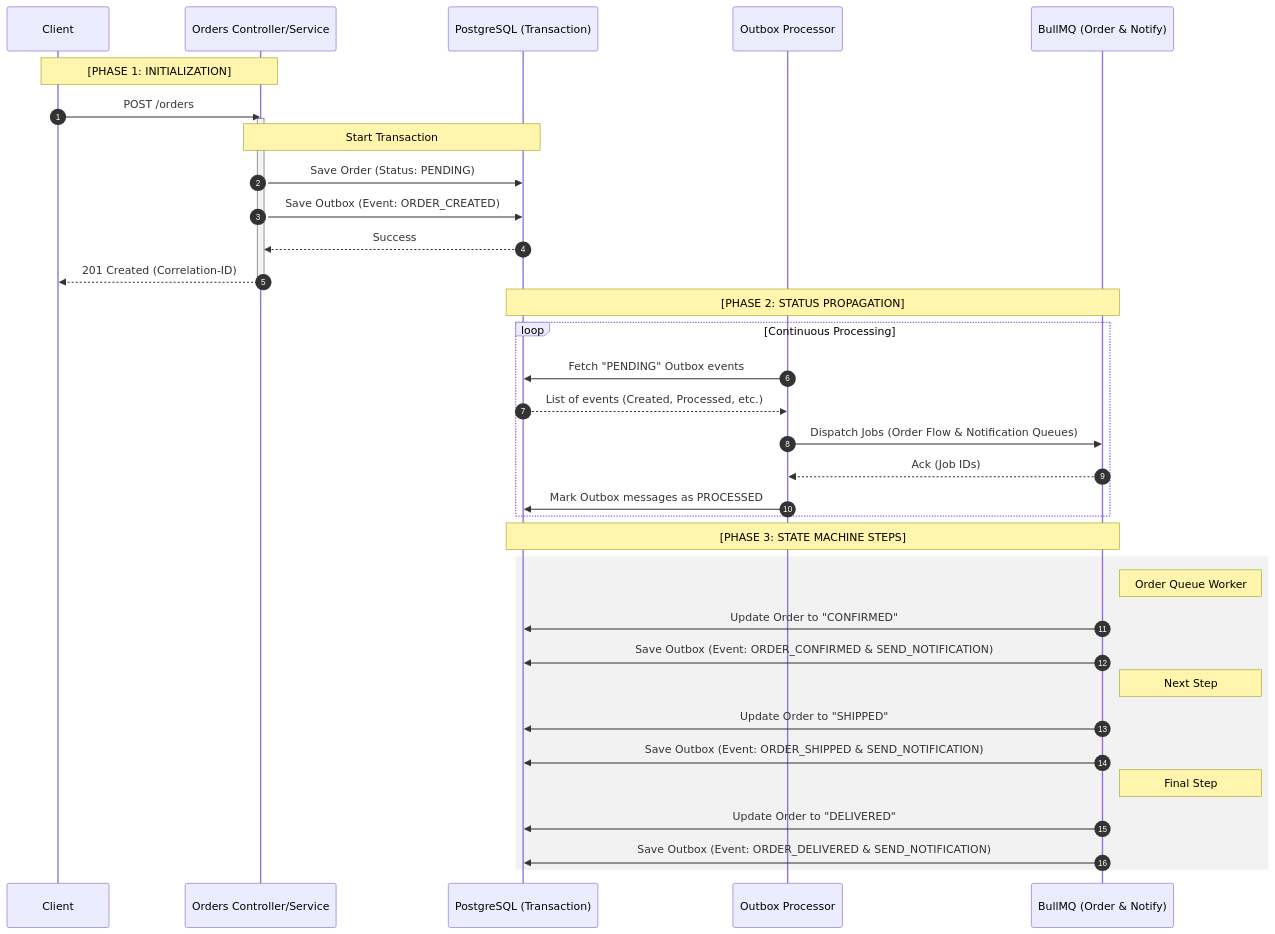
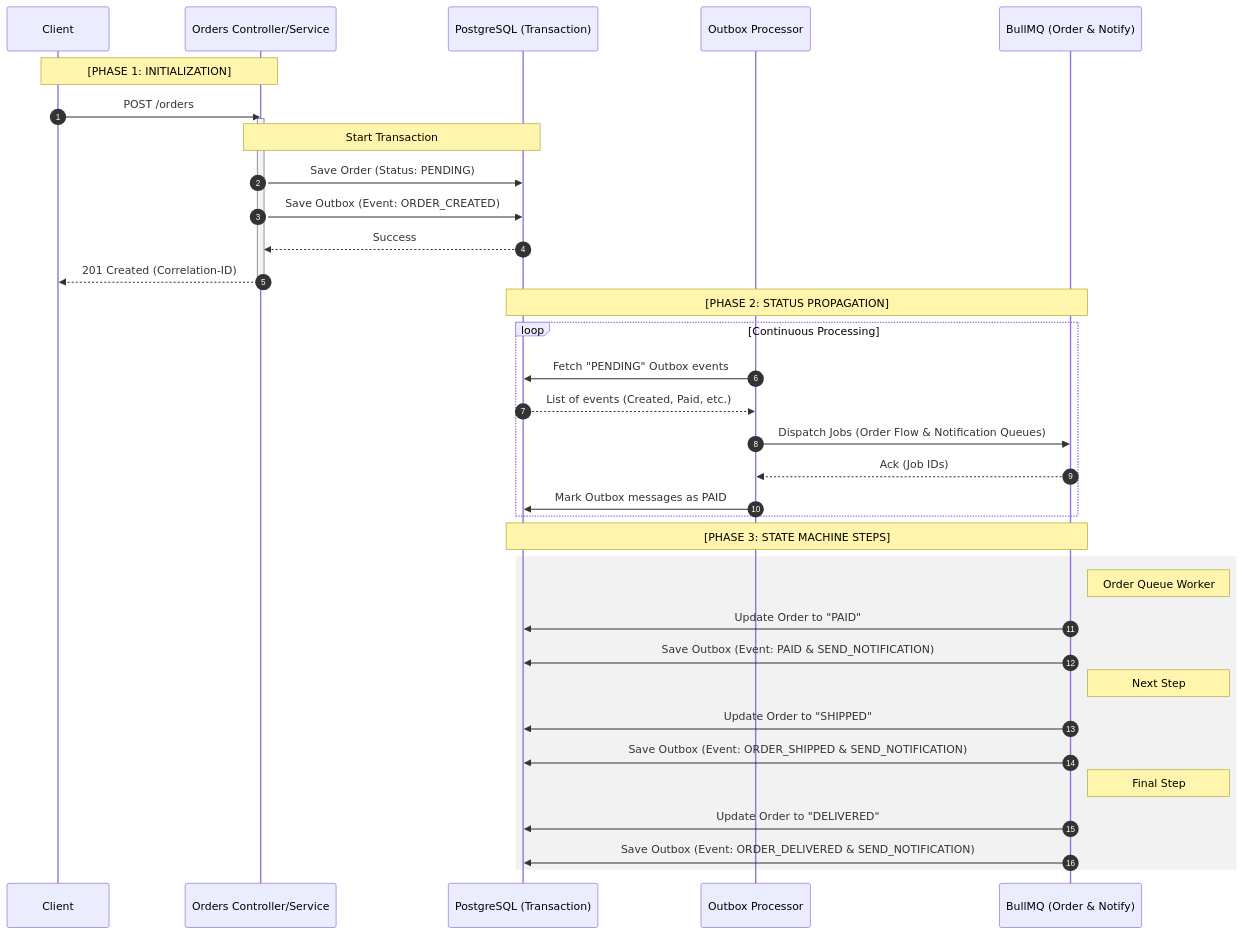
One commit to bside89/dispatch-api changed the diagram in README.md. Above: the diagram before and after it, drawn with Mermaid. The commit also changed 37 other files, not shown here.

````diff
--- a/README.md
+++ b/README.md
@@ -141,43 +141,43 @@
 ```mermaid
 sequenceDiagram
     autonumber
     participant Client
     participant API as Orders Controller/Service
     participant DB as PostgreSQL (Transaction)
     participant Worker as Outbox Processor
     participant Queue as BullMQ (Order & Notify)
 
     Note over Client, API: [PHASE 1: INITIALIZATION]
     Client->>API: POST /orders
     activate API
     Note over API, DB: Start Transaction
     API->>DB: Save Order (Status: PENDING)
     API->>DB: Save Outbox (Event: ORDER_CREATED)
     DB-->>API: Success
     API-->>Client: 201 Created (Correlation-ID)
     deactivate API
 
     Note over DB, Queue: [PHASE 2: STATUS PROPAGATION]
     loop Continuous Processing
         Worker->>DB: Fetch "PENDING" Outbox events
-        DB-->>Worker: List of events (Created, Processed, etc.)
+        DB-->>Worker: List of events (Created, Paid, etc.)
         Worker->>Queue: Dispatch Jobs (Order Flow & Notification Queues)
         Queue-->>Worker: Ack (Job IDs)
-        Worker->>DB: Mark Outbox messages as PROCESSED
+        Worker->>DB: Mark Outbox messages as PAID
     end
 
     Note over Queue, DB: [PHASE 3: STATE MACHINE STEPS]
     rect rgba(128, 128, 128, 0.1)
         Note right of Queue: Order Queue Worker
-        Queue->>DB: Update Order to "CONFIRMED"
-        Queue->>DB: Save Outbox (Event: ORDER_CONFIRMED & SEND_NOTIFICATION)
+        Queue->>DB: Update Order to "PAID"
+        Queue->>DB: Save Outbox (Event: PAID & SEND_NOTIFICATION)
 
         Note right of Queue: Next Step
         Queue->>DB: Update Order to "SHIPPED"
         Queue->>DB: Save Outbox (Event: ORDER_SHIPPED & SEND_NOTIFICATION)
 
         Note right of Queue: Final Step
         Queue->>DB: Update Order to "DELIVERED"
         Queue->>DB: Save Outbox (Event: ORDER_DELIVERED & SEND_NOTIFICATION)
     end
 ```
````
